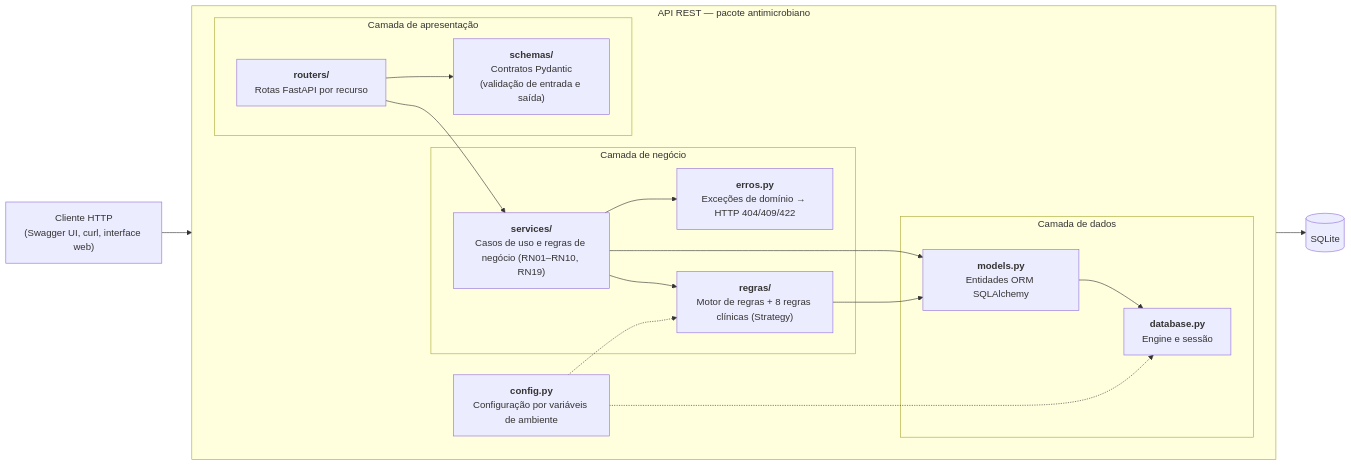
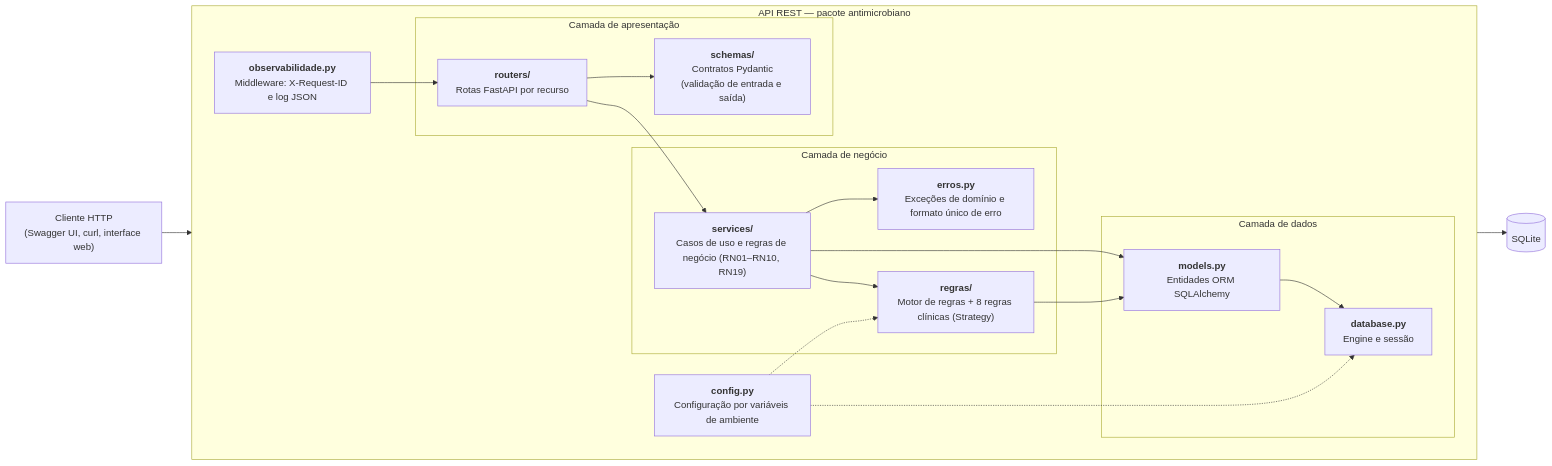
Before and after one commit to Antonio-avsp/Projeto_Antimicrobiano_Inteligente: the third of 4 diagrams in docs/arquitetura.md, drawn with Mermaid. The commit also changed other lines of this file and 3 other files, not shown here.

````diff
--- a/docs/arquitetura.md
+++ b/docs/arquitetura.md
@@ -63,36 +63,38 @@
 ```mermaid
 flowchart LR
     cliente["Cliente HTTP<br/>(Swagger UI, curl, interface web)"]
 
     subgraph api["API REST — pacote antimicrobiano"]
         direction LR
         subgraph http["Camada de apresentação"]
             routers["<b>routers/</b><br/>Rotas FastAPI por recurso"]
             schemas["<b>schemas/</b><br/>Contratos Pydantic<br/>(validação de entrada e saída)"]
         end
         subgraph negocio["Camada de negócio"]
             services["<b>services/</b><br/>Casos de uso e regras de negócio (RN01–RN10, RN19)"]
             motor["<b>regras/</b><br/>Motor de regras + 8 regras clínicas (Strategy)"]
-            erros["<b>erros.py</b><br/>Exceções de domínio → HTTP 404/409/422"]
+            erros["<b>erros.py</b><br/>Exceções de domínio e formato único de erro"]
         end
         subgraph dados["Camada de dados"]
             models["<b>models.py</b><br/>Entidades ORM SQLAlchemy"]
             database["<b>database.py</b><br/>Engine e sessão"]
         end
         config["<b>config.py</b><br/>Configuração por variáveis de ambiente"]
+        obs["<b>observabilidade.py</b><br/>Middleware: X-Request-ID e log JSON"]
     end
 
     db[("SQLite")]
 
-    cliente --> routers
+    cliente --> obs
+    obs --> routers
     routers --> schemas
     routers --> services
     services --> erros
     services --> motor
     services --> models
     motor --> models
     models --> database
     database --> db
     config -.-> database
     config -.-> motor
 ```
````
